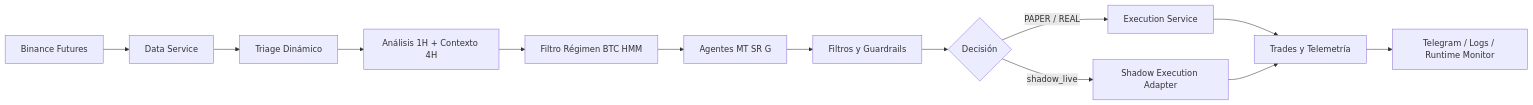
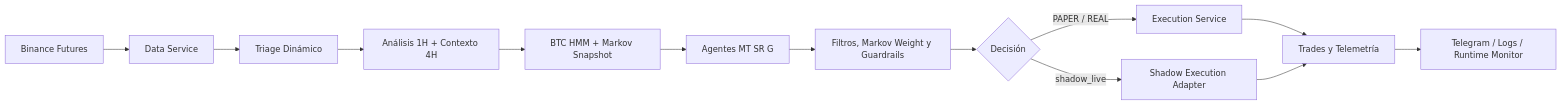
Before and after one commit to Rukawua26/Pbot-V5ARCH-DEV: the diagram in README.md, drawn with Mermaid. The commit also changed other lines of this file and 11 other files, not shown here.

````diff
--- a/README.md
+++ b/README.md
@@ -50,15 +51,15 @@
 ```mermaid
 flowchart LR
     A[Binance Futures] --> B[Data Service]
     B --> C[Triage Dinámico]
     C --> D[Análisis 1H + Contexto 4H]
-    D --> R[Filtro Régimen BTC HMM]
+    D --> R[BTC HMM + Markov Snapshot]
     R --> E[Agentes MT SR G]
-    E --> F[Filtros y Guardrails]
+    E --> F[Filtros, Markov Weight y Guardrails]
     F --> G{Decisión}
     G -->|PAPER / REAL| H[Execution Service]
     G -->|shadow_live| I[Shadow Execution Adapter]
     H --> J[Trades y Telemetría]
     I --> J
     J --> K[Telegram / Logs / Runtime Monitor]
 ```
````
